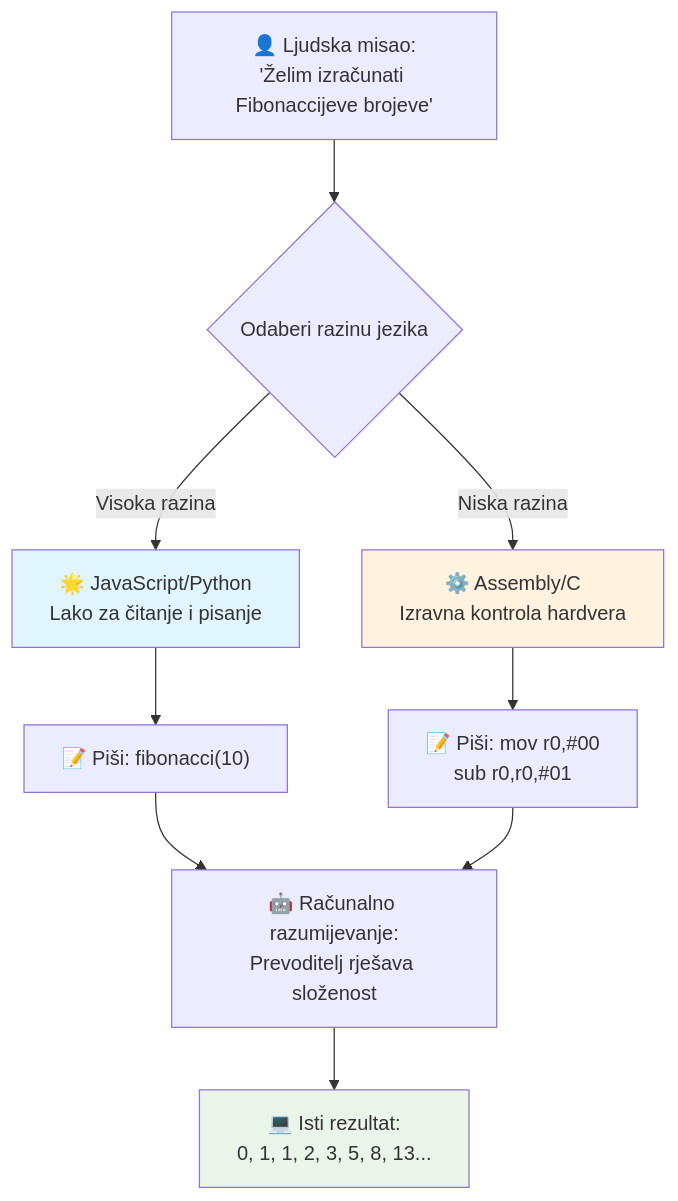
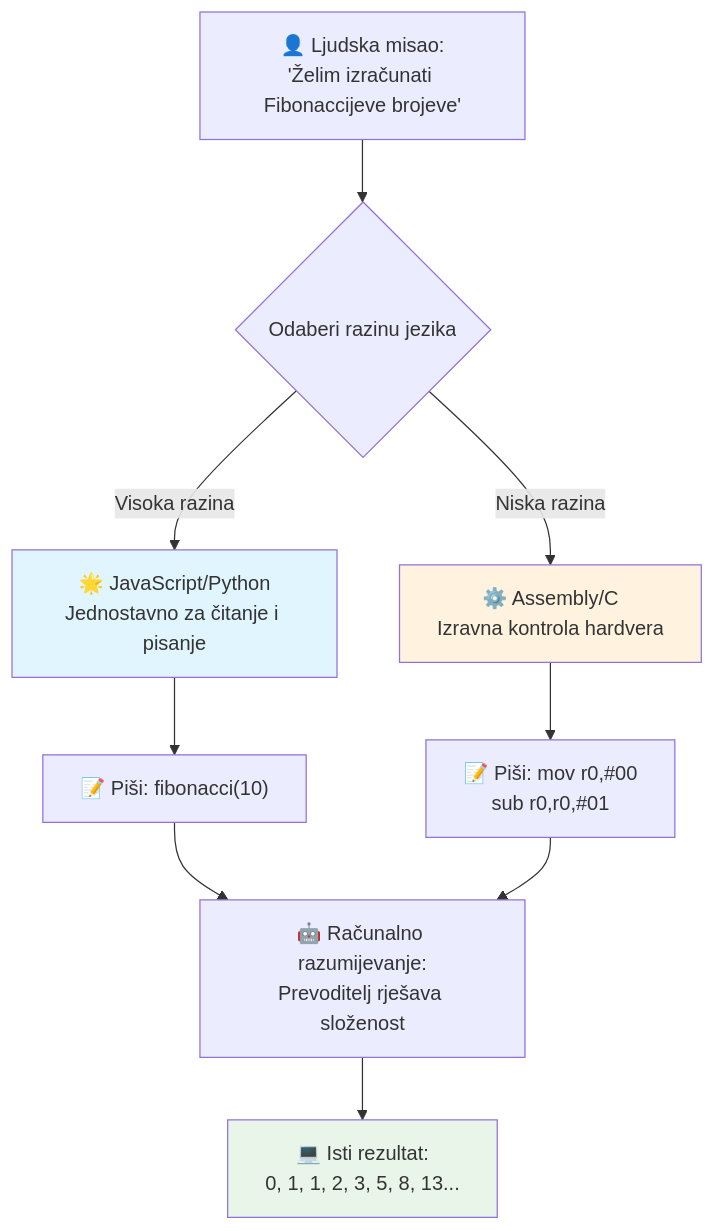
The third of 7 diagrams in translations/hr/1-getting-started-lessons/1-intro-to-programming-languages/README.md (microsoft/Web-Dev-For-Beginners), drawn with Mermaid before and after one commit. The commit also changed other lines of this file and 8 other files, not shown here.

````diff
--- a/translations/hr/1-getting-started-lessons/1-intro-to-programming-languages/README.md
+++ b/translations/hr/1-getting-started-lessons/1-intro-to-programming-languages/README.md
@@ -148,19 +148,19 @@
 ```mermaid
 flowchart TB
     A["👤 Ljudska misao:<br/>'Želim izračunati Fibonaccijeve brojeve'"] --> B{Odaberi razinu jezika}
     
-    B -->|Visoka razina| C["🌟 JavaScript/Python<br/>Lako za čitanje i pisanje"]
+    B -->|Visoka razina| C["🌟 JavaScript/Python<br/>Jednostavno za čitanje i pisanje"]
     B -->|Niska razina| D["⚙️ Assembly/C<br/>Izravna kontrola hardvera"]
     
     C --> E["📝 Piši: fibonacci(10)"]
     D --> F["📝 Piši: mov r0,#00<br/>sub r0,r0,#01"]
     
     E --> G["🤖 Računalno razumijevanje:<br/>Prevoditelj rješava složenost"]
     F --> G
     
     G --> H["💻 Isti rezultat:<br/>0, 1, 1, 2, 3, 5, 8, 13..."]
     
     style C fill:#e1f5fe
     style D fill:#fff3e0
     style H fill:#e8f5e8
 ```
````
